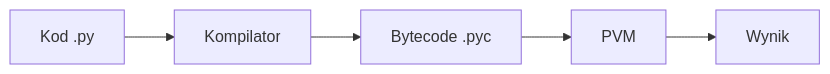
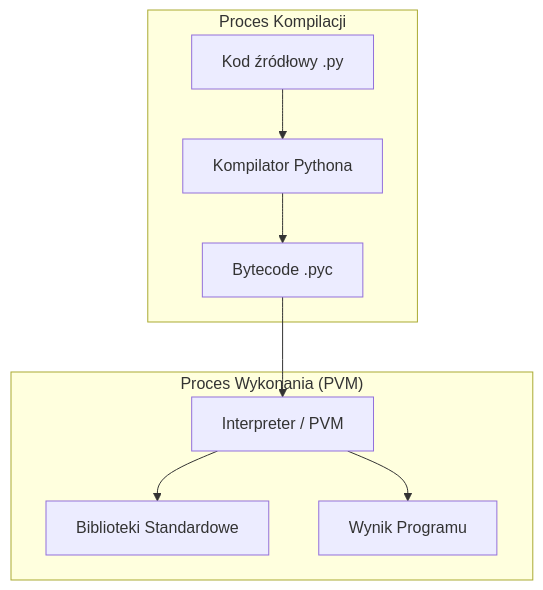
The first of 2 diagrams in lectures/wyklad01.md (zacniewski/materials-about-markup-and-scripting-languages), drawn with Mermaid before and after one commit. The commit also changed other lines of this file and 10 other files, not shown here.

````diff
--- a/lectures/wyklad01.md
+++ b/lectures/wyklad01.md
@@ -34,7 +80,12 @@
 ```mermaid
-graph LR
-    A[Kod .py] --> B[Kompilator]
+graph TD
+    subgraph "Proces Kompilacji"
+    A[Kod źródłowy .py] --> B[Kompilator Pythona]
     B --> C[Bytecode .pyc]
-    C --> D[PVM]
-    D --> E[Wynik]
+    end
+    subgraph "Proces Wykonania (PVM)"
+    C --> D[Interpreter / PVM]
+    D --> E[Biblioteki Standardowe]
+    D --> F[Wynik Programu]
+    end
 ```
````
